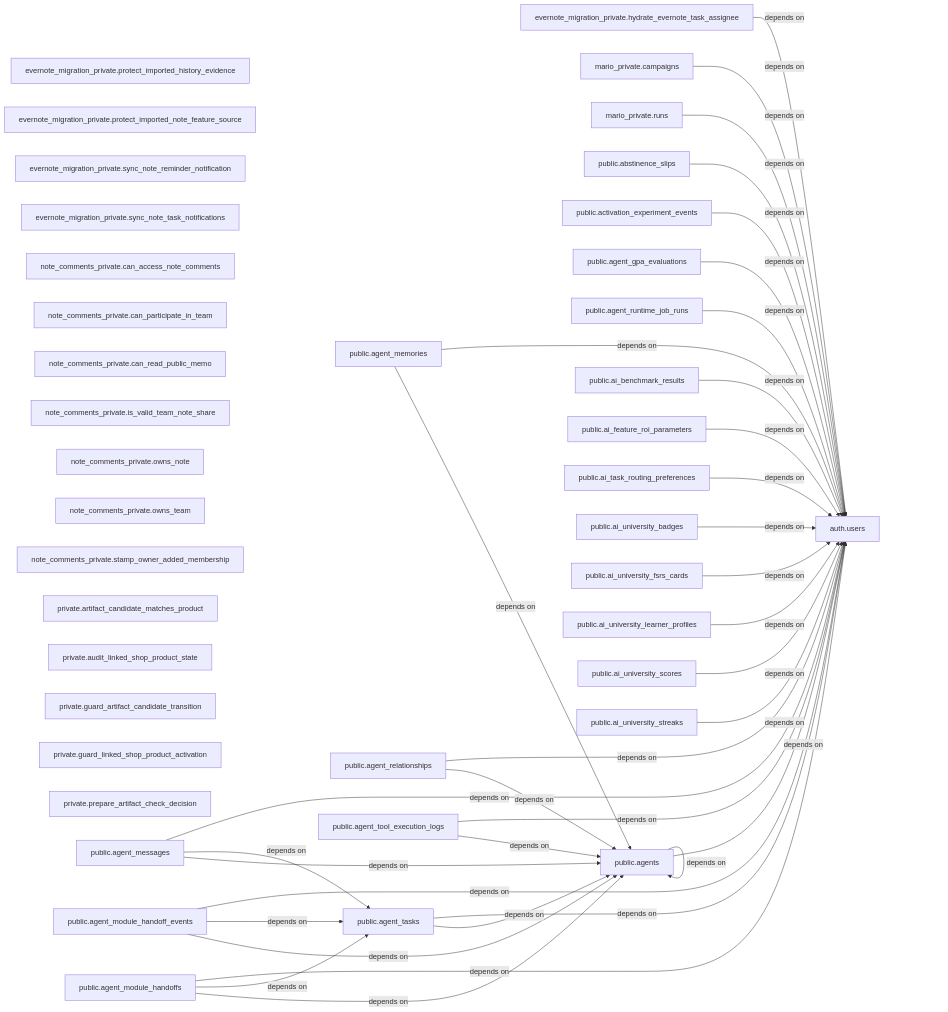
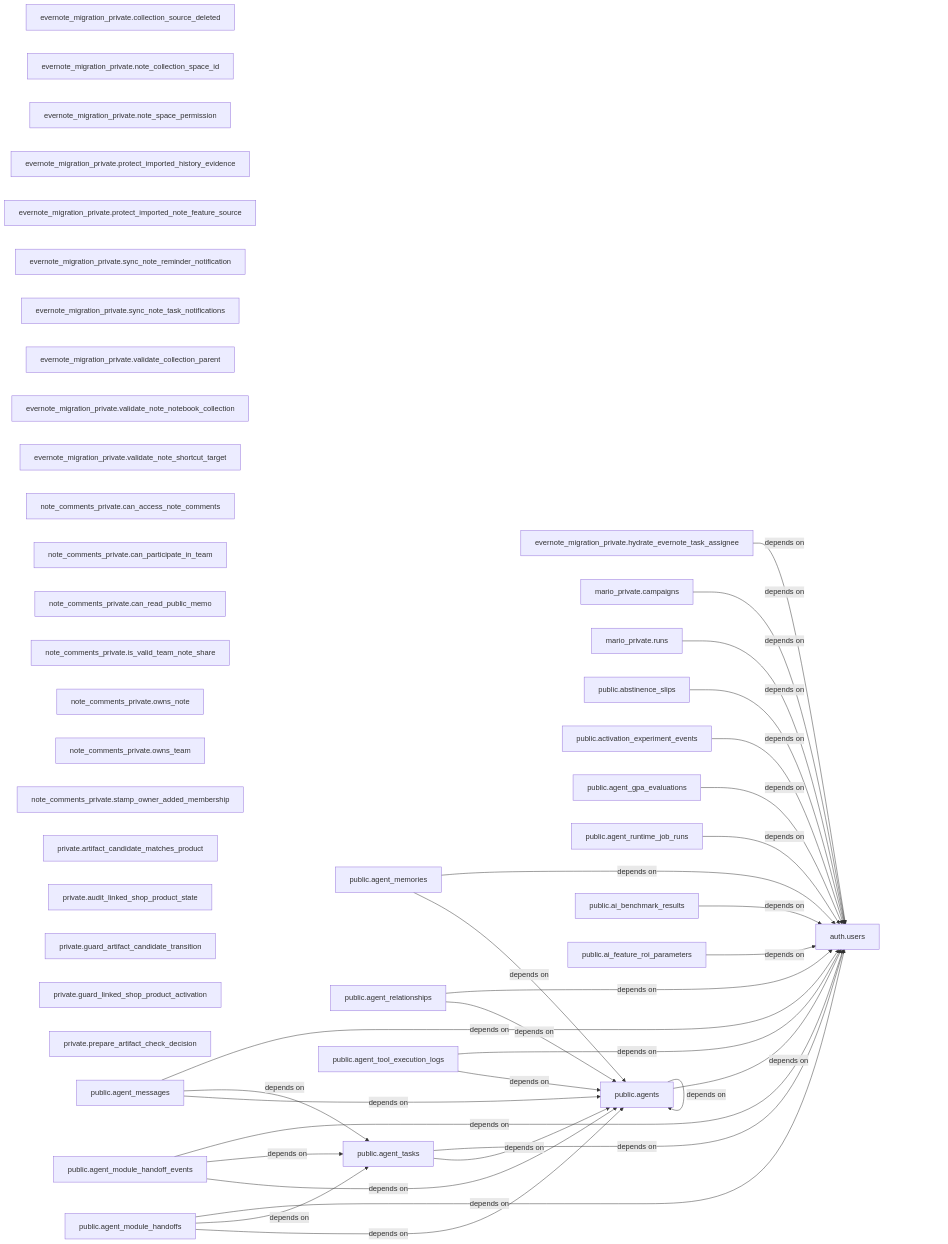
Before and after one commit to kanta13jp1/my_web_app: the second of 2 diagrams in docs/generated/INFRASTRUCTURE_MAP.md, drawn with Mermaid. The commit also changed other lines of this file and 8 other files, not shown here.

````diff
--- a/docs/generated/INFRASTRUCTURE_MAP.md
+++ b/docs/generated/INFRASTRUCTURE_MAP.md
@@ -25,77 +25,71 @@
 ```mermaid
 flowchart LR
   r_83903ee32b["auth.users"]
+  r_d88f3b84ca["evernote_migration_private.collection_source_deleted"]
   r_73c4f41def["evernote_migration_private.hydrate_evernote_task_assignee"]
+  r_ffb672200f["evernote_migration_private.note_collection_space_id"]
+  r_769d2844f9["evernote_migration_private.note_space_permission"]
   r_c5d14536e4["evernote_migration_private.protect_imported_history_evidence"]
   r_61ee01a06e["evernote_migration_private.protect_imported_note_feature_source"]
   r_39663d015d["evernote_migration_private.sync_note_reminder_notification"]
   r_7003e30ffb["evernote_migration_private.sync_note_task_notifications"]
+  r_cb340cb8d0["evernote_migration_private.validate_collection_parent"]
+  r_83b4367884["evernote_migration_private.validate_note_notebook_collection"]
+  r_cf19f1c46f["evernote_migration_private.validate_note_shortcut_target"]
   r_ac500aabc1["mario_private.campaigns"]
   r_c3130a4a16["mario_private.runs"]
   r_6bb9d6715b["note_comments_private.can_access_note_comments"]
   r_8911c7866b["note_comments_private.can_participate_in_team"]
   r_925c771fa1["note_comments_private.can_read_public_memo"]
   r_5eb21972d5["note_comments_private.is_valid_team_note_share"]
   r_e8169db4ad["note_comments_private.owns_note"]
   r_a0397d99b8["note_comments_private.owns_team"]
   r_2e9cd17c5c["note_comments_private.stamp_owner_added_membership"]
   r_8191971c00["private.artifact_candidate_matches_product"]
   r_e1862b1f50["private.audit_linked_shop_product_state"]
   r_5a323ff113["private.guard_artifact_candidate_transition"]
   r_f6277383c4["private.guard_linked_shop_product_activation"]
   r_c5201230ed["private.prepare_artifact_check_decision"]
   r_329fe13cab["public.abstinence_slips"]
   r_baad80ddc1["public.activation_experiment_events"]
   r_fbcd5fc165["public.agent_gpa_evaluations"]
   r_7673212bd8["public.agent_memories"]
   r_75122649e6["public.agent_messages"]
   r_033868af7f["public.agent_module_handoff_events"]
   r_999827be17["public.agent_module_handoffs"]
   r_d87b4e9d5a["public.agent_relationships"]
   r_ad4057e3a0["public.agent_runtime_job_runs"]
   r_07696a89a7["public.agent_tasks"]
   r_e4fc606bbb["public.agent_tool_execution_logs"]
   r_b7636f3dcb["public.agents"]
   r_e4bcb02f47["public.ai_benchmark_results"]
   r_1381217d4c["public.ai_feature_roi_parameters"]
-  r_4da936d222["public.ai_task_routing_preferences"]
-  r_98176ab784["public.ai_university_badges"]
-  r_e8544b1f2b["public.ai_university_fsrs_cards"]
-  r_cb8f58feee["public.ai_university_learner_profiles"]
-  r_3280080d1b["public.ai_university_scores"]
-  r_efb70cdc1b["public.ai_university_streaks"]
   r_73c4f41def -->|depends on| r_83903ee32b
   r_ac500aabc1 -->|depends on| r_83903ee32b
   r_c3130a4a16 -->|depends on| r_83903ee32b
   r_329fe13cab -->|depends on| r_83903ee32b
   r_baad80ddc1 -->|depends on| r_83903ee32b
   r_fbcd5fc165 -->|depends on| r_83903ee32b
   r_7673212bd8 -->|depends on| r_83903ee32b
   r_7673212bd8 -->|depends on| r_b7636f3dcb
   r_75122649e6 -->|depends on| r_83903ee32b
   r_75122649e6 -->|depends on| r_07696a89a7
   r_75122649e6 -->|depends on| r_b7636f3dcb
   r_033868af7f -->|depends on| r_83903ee32b
   r_033868af7f -->|depends on| r_07696a89a7
   r_033868af7f -->|depends on| r_b7636f3dcb
   r_999827be17 -->|depends on| r_83903ee32b
   r_999827be17 -->|depends on| r_07696a89a7
   r_999827be17 -->|depends on| r_b7636f3dcb
   r_d87b4e9d5a -->|depends on| r_83903ee32b
   r_d87b4e9d5a -->|depends on| r_b7636f3dcb
   r_ad4057e3a0 -->|depends on| r_83903ee32b
   r_07696a89a7 -->|depends on| r_83903ee32b
   r_07696a89a7 -->|depends on| r_b7636f3dcb
   r_e4fc606bbb -->|depends on| r_83903ee32b
   r_e4fc606bbb -->|depends on| r_b7636f3dcb
   r_b7636f3dcb -->|depends on| r_83903ee32b
   r_b7636f3dcb -->|depends on| r_b7636f3dcb
   r_e4bcb02f47 -->|depends on| r_83903ee32b
   r_1381217d4c -->|depends on| r_83903ee32b
-  r_4da936d222 -->|depends on| r_83903ee32b
-  r_98176ab784 -->|depends on| r_83903ee32b
-  r_e8544b1f2b -->|depends on| r_83903ee32b
-  r_cb8f58feee -->|depends on| r_83903ee32b
-  r_3280080d1b -->|depends on| r_83903ee32b
-  r_efb70cdc1b -->|depends on| r_83903ee32b
 ```
````
